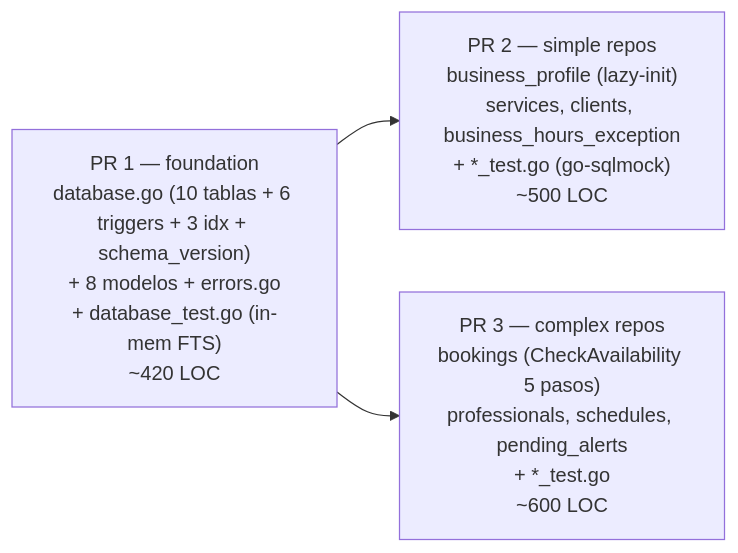
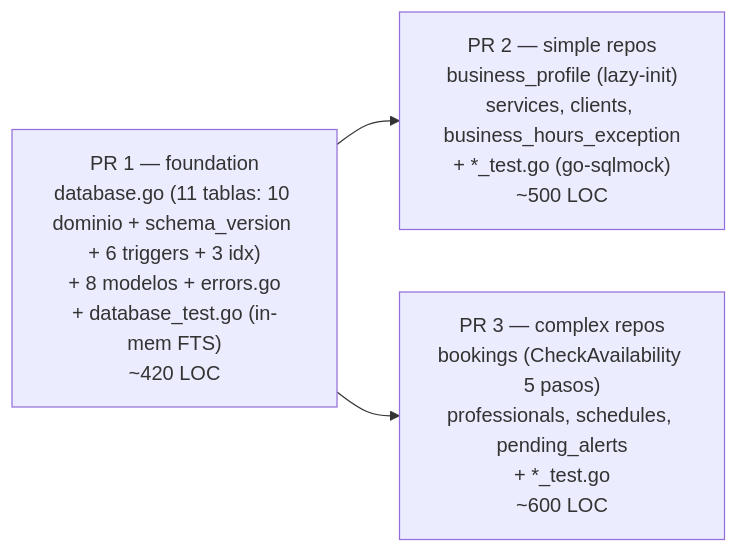
One commit to egkike/mcp-appointments-crm changed the second of 4 diagrams in openspec/changes/feat-db-layer/design.md. Above: the diagram before and after it, drawn with Mermaid. The commit also changed other lines of this file and 14 other files, not shown here.

````diff
--- a/openspec/changes/feat-db-layer/design.md
+++ b/openspec/changes/feat-db-layer/design.md
@@ -37,9 +37,9 @@
 ```mermaid
 flowchart LR
-    PR1["PR 1 — foundation<br/>database.go (10 tablas + 6 triggers + 3 idx + schema_version)<br/>+ 8 modelos + errors.go<br/>+ database_test.go (in-mem FTS)<br/>~420 LOC"]
+    PR1["PR 1 — foundation<br/>database.go (11 tablas: 10 dominio + schema_version + 6 triggers + 3 idx)<br/>+ 8 modelos + errors.go<br/>+ database_test.go (in-mem FTS)<br/>~420 LOC"]
     PR2["PR 2 — simple repos<br/>business_profile (lazy-init)<br/>services, clients, business_hours_exception<br/>+ *_test.go (go-sqlmock)<br/>~500 LOC"]
     PR3["PR 3 — complex repos<br/>bookings (CheckAvailability 5 pasos)<br/>professionals, schedules, pending_alerts<br/>+ *_test.go<br/>~600 LOC"]
 
     PR1 --> PR2
     PR1 --> PR3
 ```
````
